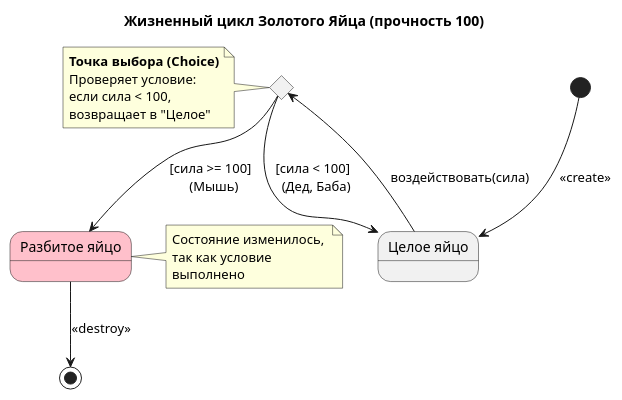
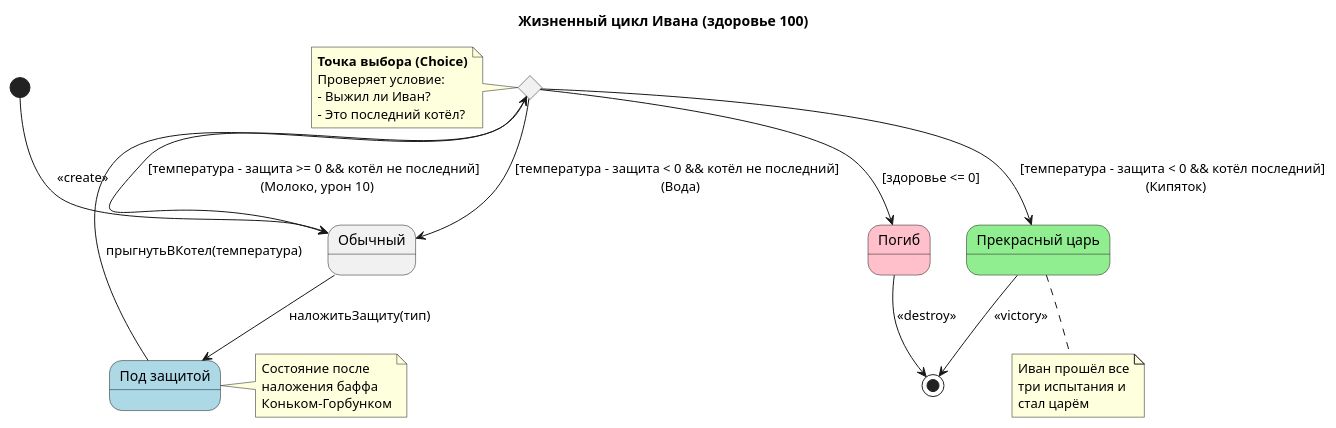
One commit to asyasenovich-cmd/-A changed the diagram in doc/state.md. Above: the diagram before and after it, drawn with PlantUML. The commit also changed other lines of this file, not shown here.

````diff
--- a/doc/state.md
+++ b/doc/state.md
@@ -44,38 +55,55 @@
 ```plantuml
 @startuml
 skinparam state {
-  BackgroundColor<<Broken>> #pink
+  BackgroundColor<<Protected>> #lightblue
+  BackgroundColor<<Victory>> #lightgreen
+  BackgroundColor<<Dead>> #pink
 }
 
-title Жизненный цикл Золотого Яйца (прочность 100)
+title Жизненный цикл Ивана (здоровье 100)
 
-[*] --> Целое : <<create>>
+[*] --> Обычный : <<create>>
 
-state "Целое яйцо" as Целое
-state "Разбитое яйцо" as Разбитое <<Broken>>
+state "Обычный" as Обычный
+state "Под защитой" as ПодЗащитой <<Protected>>
+state "Прекрасный царь" as ПрекрасныйЦарь <<Victory>>
+state "Погиб" as Погиб <<Dead>>
 state c <<choice>> 
 
-' Все воздействия идут в точку принятия решения
-Целое --> c : воздействовать(сила)
+' Наложение защиты
+Обычный --> ПодЗащитой : наложитьЗащиту(тип)
+
+' Прыжок в котёл
+ПодЗащитой --> c : прыгнутьВКотел(температура)
 
 ' Логика распределения потоков
-c --> Целое : [сила < 100] \n (Дед, Баба)
-c --> Разбитое : [сила >= 100] \n (Мышь)
+c --> Обычный : [температура - защита < 0 && котёл не последний] \n (Вода)
+c --> Обычный : [температура - защита >= 0 && котёл не последний] \n (Молоко, урон 10)
+c --> ПрекрасныйЦарь : [температура - защита < 0 && котёл последний] \n (Кипяток)
+c --> Погиб : [здоровье <= 0]
 
 ' Финал
-Разбитое --> [*] : <<destroy>>
+ПрекрасныйЦарь --> [*] : <<victory>>
+Погиб --> [*] : <<destroy>>
 
 note left of c
   **Точка выбора (Choice)**
   Проверяет условие:
-  если сила < 100, 
-  возвращает в "Целое"
+  - Выжил ли Иван?
+  - Это последний котёл?
 end note
 
-note right of Разбитое
-  Состояние изменилось, 
-  так как условие 
-  выполнено
+note right of ПодЗащитой
+  Состояние после
+  наложения баффа
+  Коньком-Горбунком
 end note
+
+note bottom of ПрекрасныйЦарь
+  Иван прошёл все
+  три испытания и
+  стал царём
+end note
+
 @enduml
 ```
````
